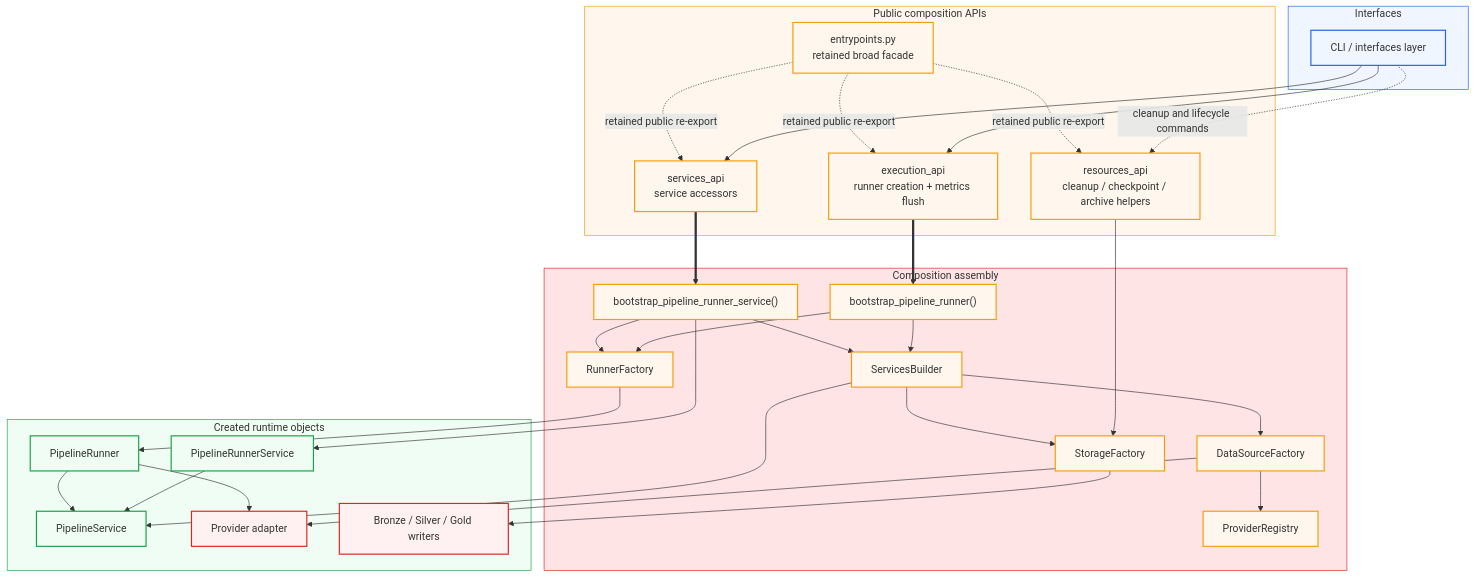
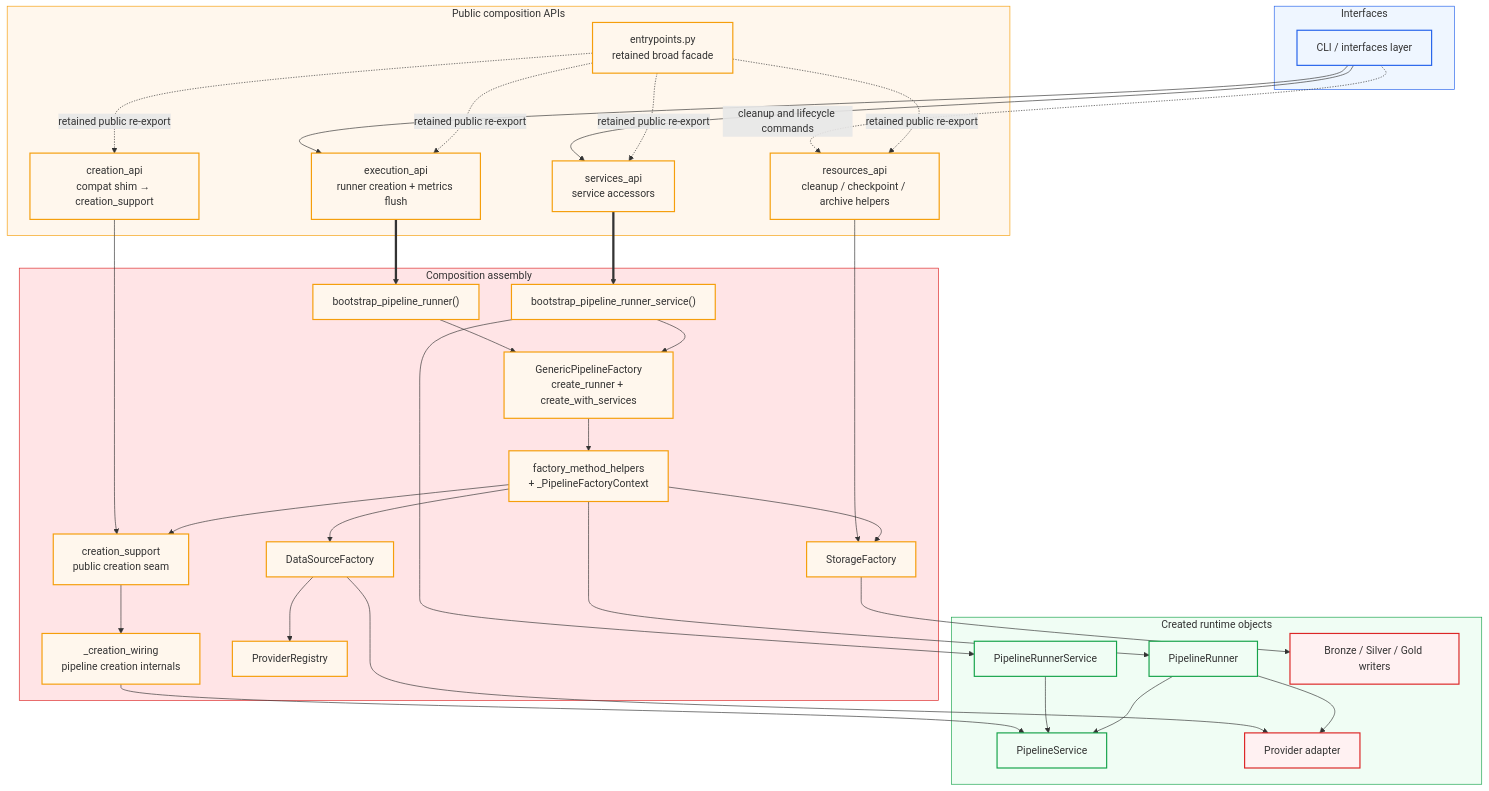
One commit to SatoryKono/BioactivityDataAcquisition changed the diagram in docs/02-architecture/diagrams/foundation/28-composition-root-di-graph.mmd. Above: the diagram before and after it, drawn with Mermaid. The commit also changed 6 other files, not shown here.

First line of the commit message:
Refactor composition & bootstrap diagrams

```diff
--- a/docs/02-architecture/diagrams/foundation/28-composition-root-di-graph.mmd
+++ b/docs/02-architecture/diagrams/foundation/28-composition-root-di-graph.mmd
@@ -1,88 +1,94 @@
 %% Title: Composition Root Wiring — Public APIs and Assembly
 %% Covers: RULES.md §1.1 (Composition Layer), ADR-005, RF-011
 %% Rank: 3 (Score 9.00) — Current composition seams and retained facade policy
-%% Updated: 2026-03-19
+%% Updated: 2026-03-24
 
-%% @version 1.2.0
-%% @date    2026-03-19
+%% @version 1.3.0
+%% @date    2026-03-24
 %% @type    flowchart
 %% @level   Mixed (System / Component / Module)
-%% @nodes   17
+%% @nodes   19
 %% keep-orphan: ENTRY
 %% @uniform-group interfaces nodes=CLI
-%% @uniform-group public     nodes=EXEC,SERV,RES,ENTRY
-%% @uniform-group assembly   nodes=BPR,BSRV,SB,RF,DSF,STF,REG
+%% @uniform-group public     nodes=EXEC,SERV,RES,CAPI,ENTRY
+%% @uniform-group assembly   nodes=BPR,BSRV,GPF,FMH,CSUP,CWIR,DSF,STF,REG
 %% @uniform-group runtime    nodes=PRS,PRUN,PS,ADP,STOR
 %% @uniform-width group
 flowchart TB
     subgraph Interfaces["Interfaces"]
         CLI["CLI / interfaces layer"]
     end
 
     subgraph PublicAPIs["Public composition APIs"]
         EXEC["execution_api<br/>runner creation + metrics flush"]
         SERV["services_api<br/>service accessors"]
         RES["resources_api<br/>cleanup / checkpoint / archive helpers"]
+        CAPI["creation_api<br/>compat shim → creation_support"]
         ENTRY["entrypoints.py<br/>retained broad facade"]
     end
 
     subgraph Assembly["Composition assembly"]
         BPR["bootstrap_pipeline_runner()"]
         BSRV["bootstrap_pipeline_runner_service()"]
-        SB["ServicesBuilder"]
-        RF["RunnerFactory"]
+        GPF["GenericPipelineFactory<br/>create_runner + create_with_services"]
+        FMH["factory_method_helpers<br/>+ _PipelineFactoryContext"]
+        CSUP["creation_support<br/>public creation seam"]
+        CWIR["_creation_wiring<br/>pipeline creation internals"]
         DSF["DataSourceFactory"]
         STF["StorageFactory"]
         REG["ProviderRegistry"]
     end
 
     subgraph Runtime["Created runtime objects"]
         PRS["PipelineRunnerService"]
         PRUN["PipelineRunner"]
         PS["PipelineService"]
         ADP["Provider adapter"]
         STOR["Bronze / Silver / Gold writers"]
     end
 
     CLI --> SERV
     CLI --> EXEC
     CLI -. cleanup and lifecycle commands .-> RES
 
     ENTRY -. retained public re-export .-> EXEC
     ENTRY -. retained public re-export .-> SERV
     ENTRY -. retained public re-export .-> RES
+    ENTRY -. retained public re-export .-> CAPI
 
     EXEC ==> BPR
     SERV ==> BSRV
+    CAPI --> CSUP
     RES --> STF
 
-    BPR --> SB
-    BPR --> RF
-    BSRV --> SB
-    BSRV --> RF
-    SB --> DSF
-    SB --> STF
+    BPR --> GPF
+    BSRV --> GPF
+    GPF --> FMH
+    FMH --> DSF
+    FMH --> STF
+    FMH --> CSUP
+    CSUP --> CWIR
+    CWIR --> PS
     DSF --> REG
     DSF --> ADP
     STF --> STOR
-    SB --> PS
-    RF --> PRUN
+    FMH --> PRUN
     BSRV --> PRS
     PRS --> PS
     PRUN --> PS
     PRUN --> ADP
 
     style Interfaces fill:#eff6ff,stroke:#2563eb
     style PublicAPIs fill:#fff7ed,stroke:#f59e0b
     style Assembly fill:#ffe4e6,stroke:#dc2626
     style Runtime fill:#f0fdf4,stroke:#16a34a
 
     classDef layer_interfaces fill:#eff6ff,stroke:#2563eb,stroke-width:1.8px;
     classDef layer_composition fill:#fff7ed,stroke:#f59e0b,stroke-width:1.8px;
     classDef layer_application fill:#f0fdf4,stroke:#16a34a,stroke-width:1.8px;
     classDef layer_infrastructure fill:#fff1f2,stroke:#dc2626,stroke-width:1.8px;
 
     class CLI layer_interfaces;
-    class EXEC,SERV,RES,ENTRY,BPR,BSRV,SB,RF,DSF,STF,REG layer_composition;
+    class EXEC,SERV,RES,CAPI,ENTRY,BPR,BSRV,GPF,FMH,CSUP,CWIR,DSF,STF,REG layer_composition;
     class PRS,PRUN,PS layer_application;
     class ADP,STOR layer_infrastructure;
```
